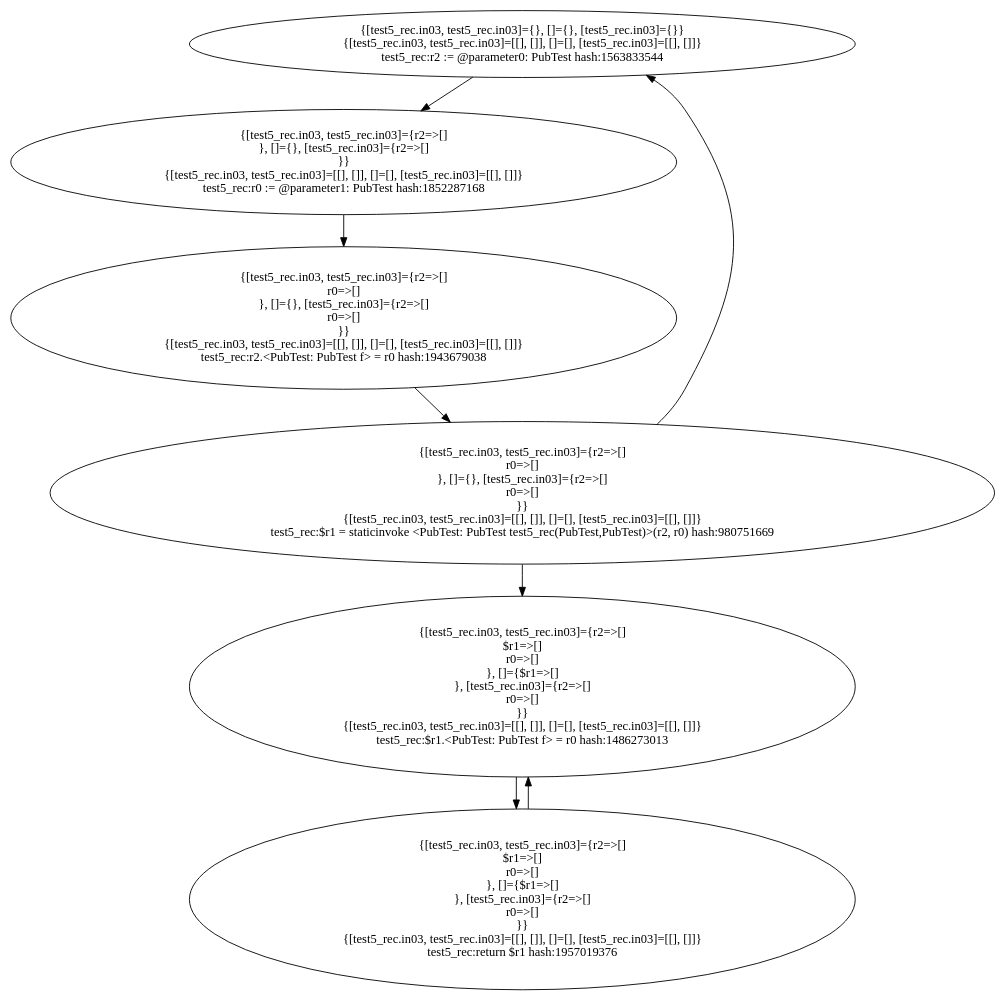
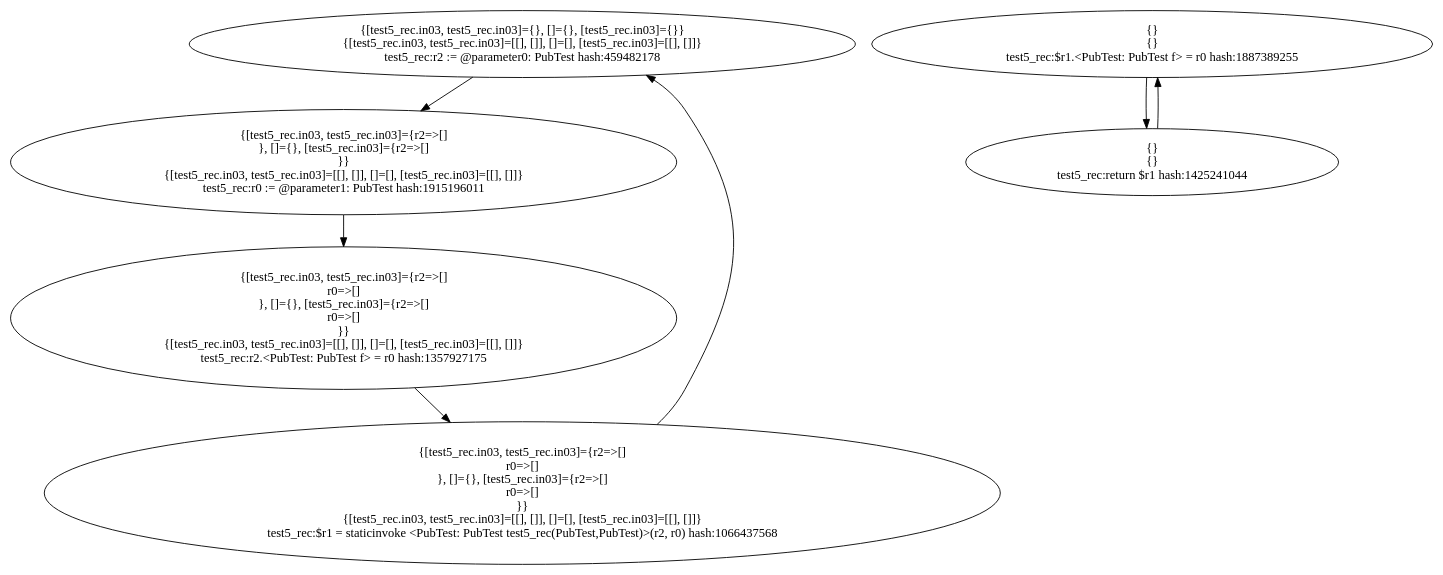
One commit to khushit-shah/PointsToAnalysisJava changed the diagram in target1-pub/PubTest.test5_rec.dot. Above: the diagram before and after it, drawn with Graphviz. The commit also changed 94 other files, not shown here.

```diff
--- a/target1-pub/PubTest.test5_rec.dot
+++ b/target1-pub/PubTest.test5_rec.dot
@@ -1,131 +1,80 @@
 digraph "./target1-pub/PubTest.test5_rec" {
     "{[test5_rec.in03, test5_rec.in03]={}, []={}, [test5_rec.in03]={}}
 {[test5_rec.in03, test5_rec.in03]=[[], []], []=[], [test5_rec.in03]=[[], []]}
-test5_rec:r2 := @parameter0: PubTest hash:1563833544";
+test5_rec:r2 := @parameter0: PubTest hash:459482178";
     "{[test5_rec.in03, test5_rec.in03]={r2=>[]
 }, []={}, [test5_rec.in03]={r2=>[]
 }}
 {[test5_rec.in03, test5_rec.in03]=[[], []], []=[], [test5_rec.in03]=[[], []]}
-test5_rec:r0 := @parameter1: PubTest hash:1852287168";
+test5_rec:r0 := @parameter1: PubTest hash:1915196011";
     "{[test5_rec.in03, test5_rec.in03]={r2=>[]
 r0=>[]
 }, []={}, [test5_rec.in03]={r2=>[]
 r0=>[]
 }}
 {[test5_rec.in03, test5_rec.in03]=[[], []], []=[], [test5_rec.in03]=[[], []]}
-test5_rec:r2.<PubTest: PubTest f> = r0 hash:1943679038";
+test5_rec:r2.<PubTest: PubTest f> = r0 hash:1357927175";
     "{[test5_rec.in03, test5_rec.in03]={r2=>[]
 r0=>[]
 }, []={}, [test5_rec.in03]={r2=>[]
 r0=>[]
 }}
 {[test5_rec.in03, test5_rec.in03]=[[], []], []=[], [test5_rec.in03]=[[], []]}
-test5_rec:$r1 = staticinvoke <PubTest: PubTest test5_rec(PubTest,PubTest)>(r2, r0) hash:980751669";
-    "{[test5_rec.in03, test5_rec.in03]={r2=>[]
-$r1=>[]
-r0=>[]
-}, []={$r1=>[]
-}, [test5_rec.in03]={r2=>[]
-r0=>[]
-}}
-{[test5_rec.in03, test5_rec.in03]=[[], []], []=[], [test5_rec.in03]=[[], []]}
-test5_rec:$r1.<PubTest: PubTest f> = r0 hash:1486273013";
-    "{[test5_rec.in03, test5_rec.in03]={r2=>[]
-$r1=>[]
-r0=>[]
-}, []={$r1=>[]
-}, [test5_rec.in03]={r2=>[]
-r0=>[]
-}}
-{[test5_rec.in03, test5_rec.in03]=[[], []], []=[], [test5_rec.in03]=[[], []]}
-test5_rec:return $r1 hash:1957019376";
+test5_rec:$r1 = staticinvoke <PubTest: PubTest test5_rec(PubTest,PubTest)>(r2, r0) hash:1066437568";
+    "{}
+{}
+test5_rec:$r1.<PubTest: PubTest f> = r0 hash:1887389255";
+    "{}
+{}
+test5_rec:return $r1 hash:1425241044";
     "{[test5_rec.in03, test5_rec.in03]={}, []={}, [test5_rec.in03]={}}
 {[test5_rec.in03, test5_rec.in03]=[[], []], []=[], [test5_rec.in03]=[[], []]}
-test5_rec:r2 := @parameter0: PubTest hash:1563833544"->"{[test5_rec.in03, test5_rec.in03]={r2=>[]
+test5_rec:r2 := @parameter0: PubTest hash:459482178"->"{[test5_rec.in03, test5_rec.in03]={r2=>[]
 }, []={}, [test5_rec.in03]={r2=>[]
 }}
 {[test5_rec.in03, test5_rec.in03]=[[], []], []=[], [test5_rec.in03]=[[], []]}
-test5_rec:r0 := @parameter1: PubTest hash:1852287168";
+test5_rec:r0 := @parameter1: PubTest hash:1915196011";
     "{[test5_rec.in03, test5_rec.in03]={r2=>[]
 }, []={}, [test5_rec.in03]={r2=>[]
 }}
 {[test5_rec.in03, test5_rec.in03]=[[], []], []=[], [test5_rec.in03]=[[], []]}
-test5_rec:r0 := @parameter1: PubTest hash:1852287168"->"{[test5_rec.in03, test5_rec.in03]={r2=>[]
+test5_rec:r0 := @parameter1: PubTest hash:1915196011"->"{[test5_rec.in03, test5_rec.in03]={r2=>[]
 r0=>[]
 }, []={}, [test5_rec.in03]={r2=>[]
 r0=>[]
 }}
 {[test5_rec.in03, test5_rec.in03]=[[], []], []=[], [test5_rec.in03]=[[], []]}
-test5_rec:r2.<PubTest: PubTest f> = r0 hash:1943679038";
+test5_rec:r2.<PubTest: PubTest f> = r0 hash:1357927175";
     "{[test5_rec.in03, test5_rec.in03]={r2=>[]
 r0=>[]
 }, []={}, [test5_rec.in03]={r2=>[]
 r0=>[]
 }}
 {[test5_rec.in03, test5_rec.in03]=[[], []], []=[], [test5_rec.in03]=[[], []]}
-test5_rec:r2.<PubTest: PubTest f> = r0 hash:1943679038"->"{[test5_rec.in03, test5_rec.in03]={r2=>[]
+test5_rec:r2.<PubTest: PubTest f> = r0 hash:1357927175"->"{[test5_rec.in03, test5_rec.in03]={r2=>[]
 r0=>[]
 }, []={}, [test5_rec.in03]={r2=>[]
 r0=>[]
 }}
 {[test5_rec.in03, test5_rec.in03]=[[], []], []=[], [test5_rec.in03]=[[], []]}
-test5_rec:$r1 = staticinvoke <PubTest: PubTest test5_rec(PubTest,PubTest)>(r2, r0) hash:980751669";
+test5_rec:$r1 = staticinvoke <PubTest: PubTest test5_rec(PubTest,PubTest)>(r2, r0) hash:1066437568";
     "{[test5_rec.in03, test5_rec.in03]={r2=>[]
 r0=>[]
 }, []={}, [test5_rec.in03]={r2=>[]
 r0=>[]
 }}
 {[test5_rec.in03, test5_rec.in03]=[[], []], []=[], [test5_rec.in03]=[[], []]}
-test5_rec:$r1 = staticinvoke <PubTest: PubTest test5_rec(PubTest,PubTest)>(r2, r0) hash:980751669"->"{[test5_rec.in03, test5_rec.in03]={r2=>[]
-$r1=>[]
-r0=>[]
-}, []={$r1=>[]
-}, [test5_rec.in03]={r2=>[]
-r0=>[]
-}}
+test5_rec:$r1 = staticinvoke <PubTest: PubTest test5_rec(PubTest,PubTest)>(r2, r0) hash:1066437568"->"{[test5_rec.in03, test5_rec.in03]={}, []={}, [test5_rec.in03]={}}
 {[test5_rec.in03, test5_rec.in03]=[[], []], []=[], [test5_rec.in03]=[[], []]}
-test5_rec:$r1.<PubTest: PubTest f> = r0 hash:1486273013";
-    "{[test5_rec.in03, test5_rec.in03]={r2=>[]
-r0=>[]
-}, []={}, [test5_rec.in03]={r2=>[]
-r0=>[]
-}}
-{[test5_rec.in03, test5_rec.in03]=[[], []], []=[], [test5_rec.in03]=[[], []]}
-test5_rec:$r1 = staticinvoke <PubTest: PubTest test5_rec(PubTest,PubTest)>(r2, r0) hash:980751669"->"{[test5_rec.in03, test5_rec.in03]={}, []={}, [test5_rec.in03]={}}
-{[test5_rec.in03, test5_rec.in03]=[[], []], []=[], [test5_rec.in03]=[[], []]}
-test5_rec:r2 := @parameter0: PubTest hash:1563833544";
-    "{[test5_rec.in03, test5_rec.in03]={r2=>[]
-$r1=>[]
-r0=>[]
-}, []={$r1=>[]
-}, [test5_rec.in03]={r2=>[]
-r0=>[]
-}}
-{[test5_rec.in03, test5_rec.in03]=[[], []], []=[], [test5_rec.in03]=[[], []]}
-test5_rec:$r1.<PubTest: PubTest f> = r0 hash:1486273013"->"{[test5_rec.in03, test5_rec.in03]={r2=>[]
-$r1=>[]
-r0=>[]
-}, []={$r1=>[]
-}, [test5_rec.in03]={r2=>[]
-r0=>[]
-}}
-{[test5_rec.in03, test5_rec.in03]=[[], []], []=[], [test5_rec.in03]=[[], []]}
-test5_rec:return $r1 hash:1957019376";
-    "{[test5_rec.in03, test5_rec.in03]={r2=>[]
-$r1=>[]
-r0=>[]
-}, []={$r1=>[]
-}, [test5_rec.in03]={r2=>[]
-r0=>[]
-}}
-{[test5_rec.in03, test5_rec.in03]=[[], []], []=[], [test5_rec.in03]=[[], []]}
-test5_rec:return $r1 hash:1957019376"->"{[test5_rec.in03, test5_rec.in03]={r2=>[]
-$r1=>[]
-r0=>[]
-}, []={$r1=>[]
-}, [test5_rec.in03]={r2=>[]
-r0=>[]
-}}
-{[test5_rec.in03, test5_rec.in03]=[[], []], []=[], [test5_rec.in03]=[[], []]}
-test5_rec:$r1.<PubTest: PubTest f> = r0 hash:1486273013";
+test5_rec:r2 := @parameter0: PubTest hash:459482178";
+    "{}
+{}
+test5_rec:$r1.<PubTest: PubTest f> = r0 hash:1887389255"->"{}
+{}
+test5_rec:return $r1 hash:1425241044";
+    "{}
+{}
+test5_rec:return $r1 hash:1425241044"->"{}
+{}
+test5_rec:$r1.<PubTest: PubTest f> = r0 hash:1887389255";
 }
```
